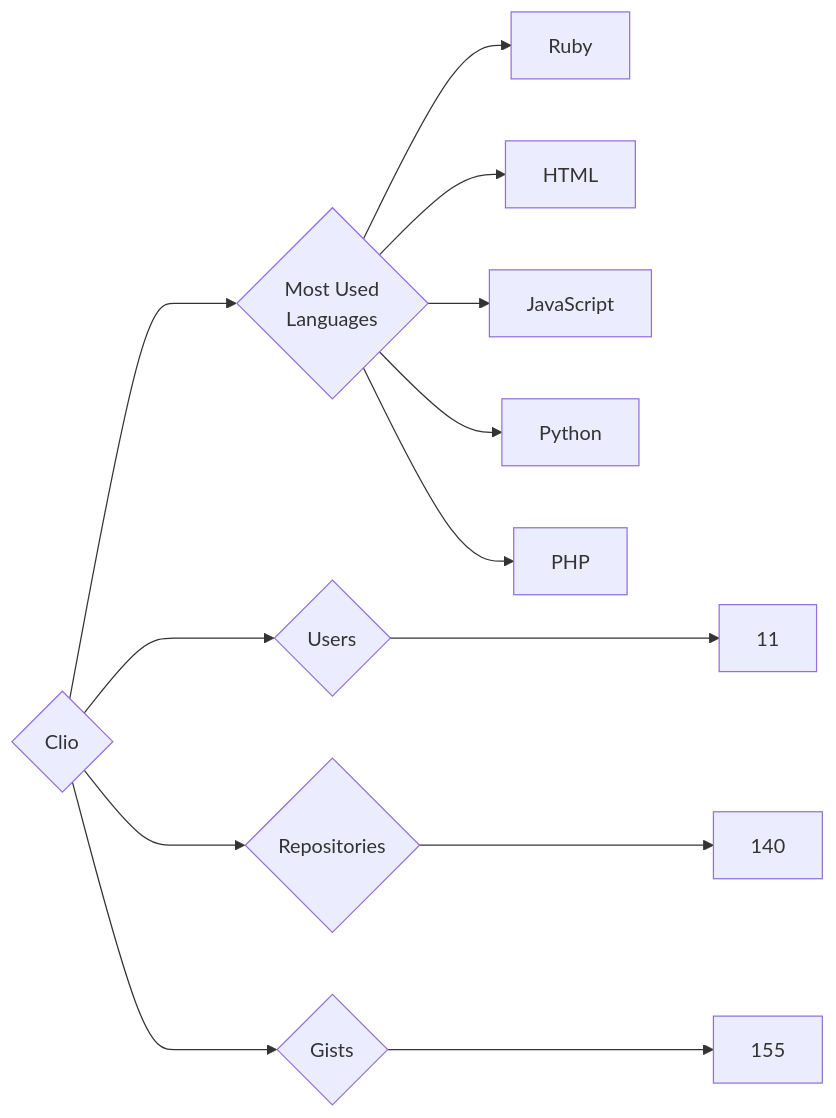
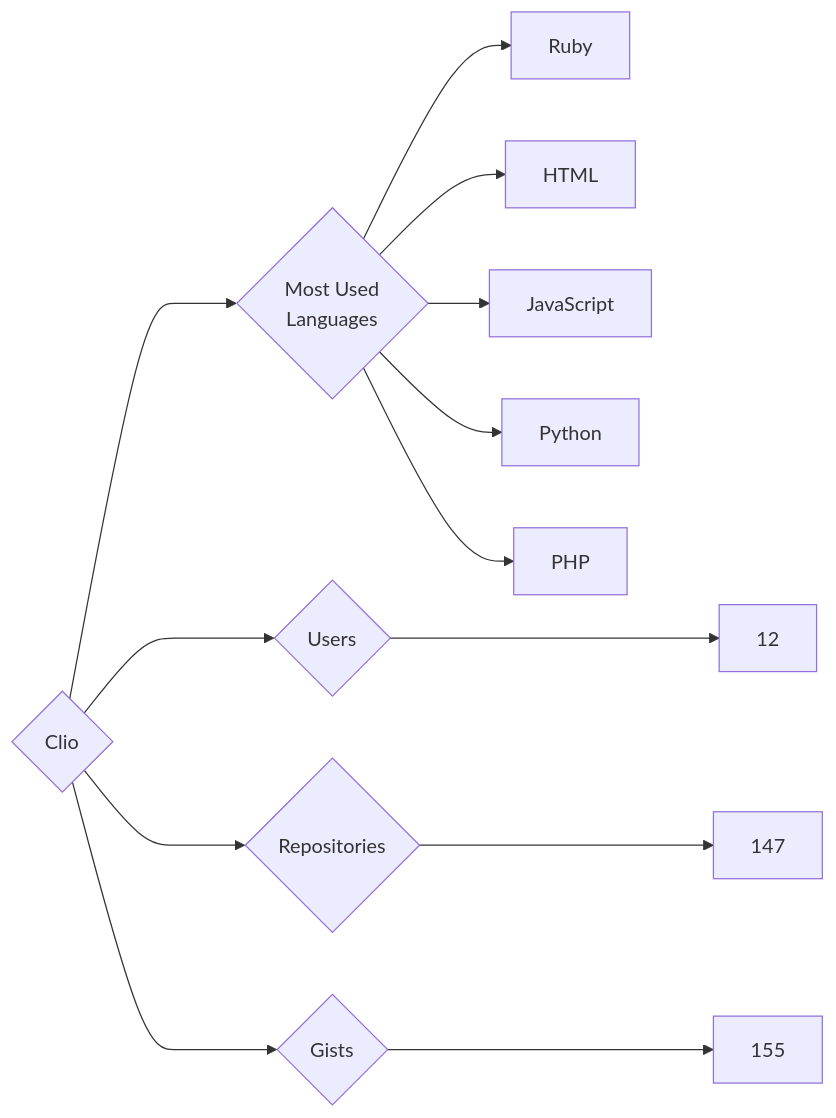
The diagram in targets/Clio/README.md (trickest/insiders), drawn with Mermaid before and after one commit. The commit also changed 870 other files, not shown here.

````diff
--- a/targets/Clio/README.md
+++ b/targets/Clio/README.md
@@ -3,13 +3,13 @@
 ```mermaid
 graph LR
 COMPANY_NAME{Clio}
-COMPANY_NAME ---> U{Users} ---> UN[11]
-COMPANY_NAME ---> R{Repositories} ---> RN[140]
+COMPANY_NAME ---> U{Users} ---> UN[12]
+COMPANY_NAME ---> R{Repositories} ---> RN[147]
 COMPANY_NAME ---> G{Gists} ---> GN[155]
 COMPANY_NAME ---> ML{Most Used<br>Languages}
 ML --> Ruby[Ruby]
 ML --> HTML[HTML]
 ML --> JavaScript[JavaScript]
 ML --> Python[Python]
 ML --> PHP[PHP]
 ```
````
